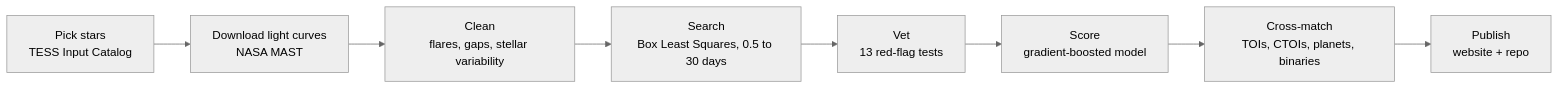
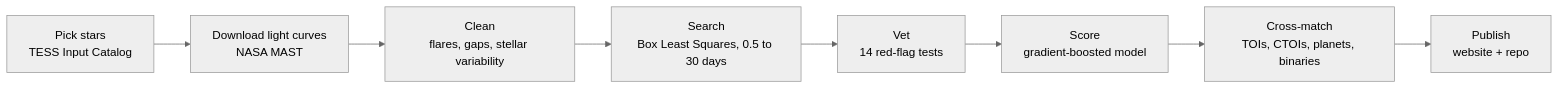
The diagram in README.md (alexvaldex/nasa-tess-planet-search), drawn with Mermaid (neutral theme) before and after one commit. The commit also changed other lines of this file and 21 other files, not shown here.

````diff
--- a/README.md
+++ b/README.md
@@ -42,10 +50,10 @@
 ```mermaid
 flowchart LR
   A[Pick stars<br/>TESS Input Catalog] --> B[Download light curves<br/>NASA MAST]
   B --> C[Clean<br/>flares, gaps, stellar variability]
   C --> D[Search<br/>Box Least Squares, 0.5 to 30 days]
-  D --> E[Vet<br/>13 red-flag tests]
+  D --> E[Vet<br/>14 red-flag tests]
   E --> F[Score<br/>gradient-boosted model]
   F --> G[Cross-match<br/>TOIs, CTOIs, planets, binaries]
   G --> H[Publish<br/>website + repo]
 ```
````
